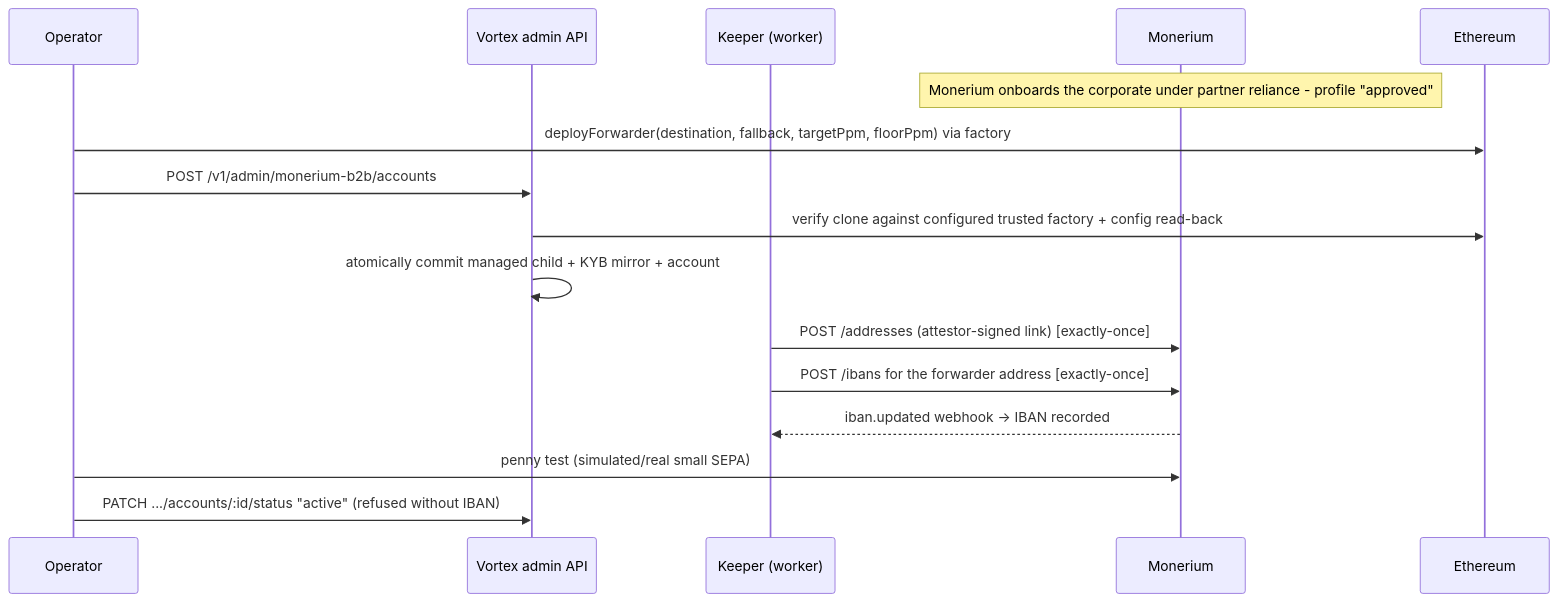
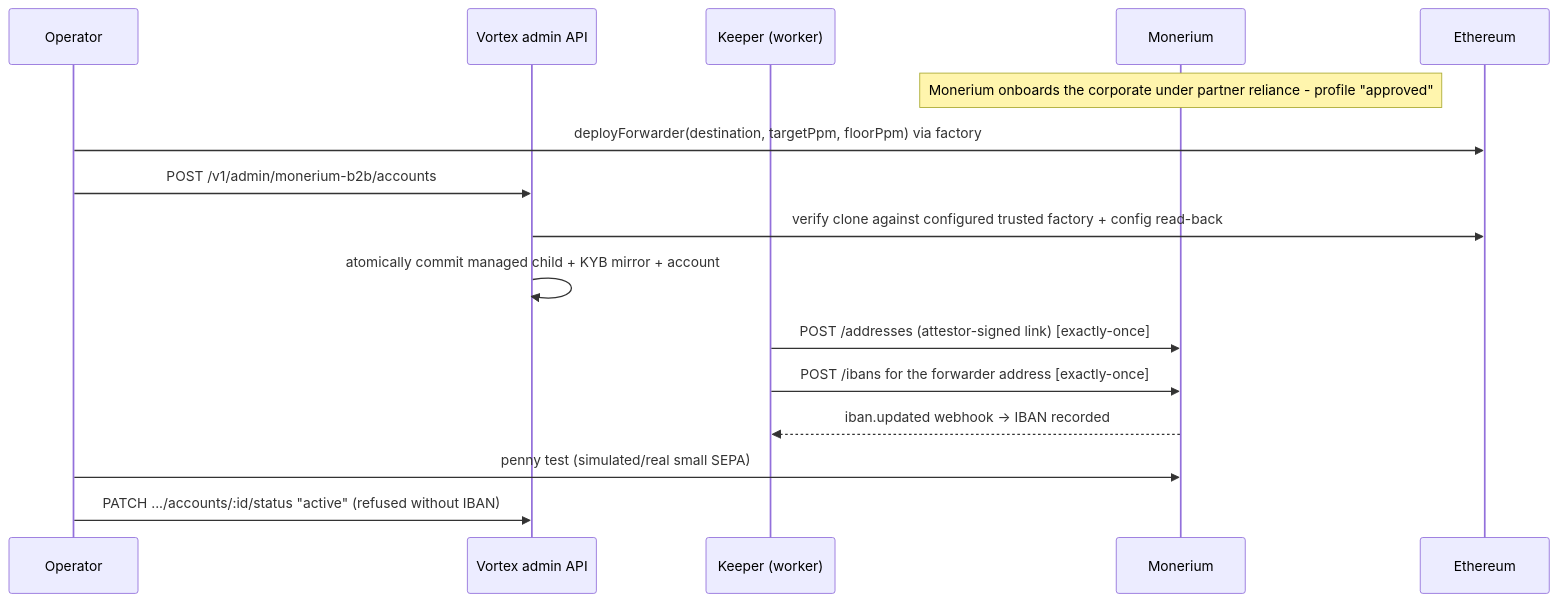
The second of 8 diagrams in docs/architecture-monerium-b2b-onramp.md (pendulum-chain/vortex), drawn with Mermaid before and after one commit. The commit also changed other lines of this file and 8 other files, not shown here.

````diff
--- a/docs/architecture-monerium-b2b-onramp.md
+++ b/docs/architecture-monerium-b2b-onramp.md
@@ -104,19 +114,19 @@
 ```mermaid
 sequenceDiagram
     participant Op as Operator
     participant Adm as Vortex admin API
     participant K as Keeper (worker)
     participant M as Monerium
     participant C as Ethereum
 
     Note over M: Monerium onboards the corporate under partner reliance - profile "approved"
-    Op->>C: deployForwarder(destination, fallback, targetPpm, floorPpm) via factory
+    Op->>C: deployForwarder(destination, targetPpm, floorPpm) via factory
     Op->>Adm: POST /v1/admin/monerium-b2b/accounts
     Adm->>C: verify clone against configured trusted factory + config read-back
     Adm->>Adm: atomically commit managed child + KYB mirror + account
     K->>M: POST /addresses (attestor-signed link)  [exactly-once]
     K->>M: POST /ibans for the forwarder address   [exactly-once]
     M-->>K: iban.updated webhook -> IBAN recorded
     Op->>M: penny test (simulated/real small SEPA)
     Op->>Adm: PATCH .../accounts/:id/status "active" (refused without IBAN)
 ```
````
